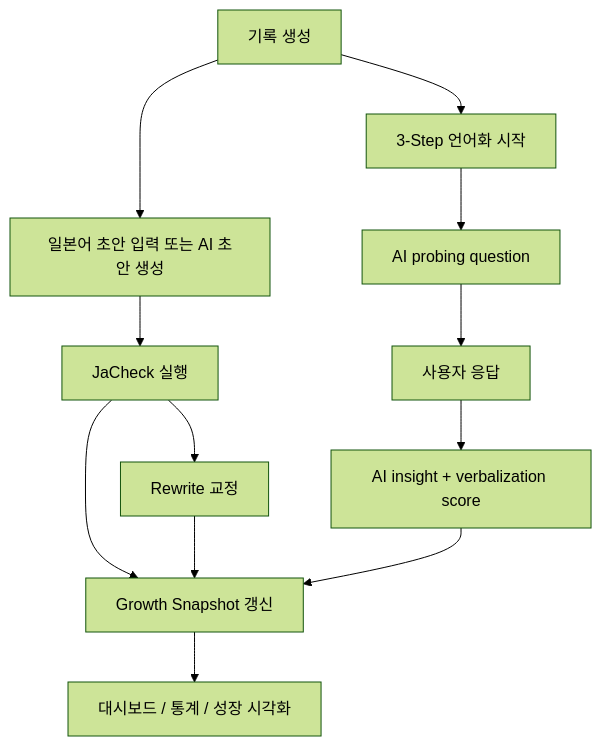
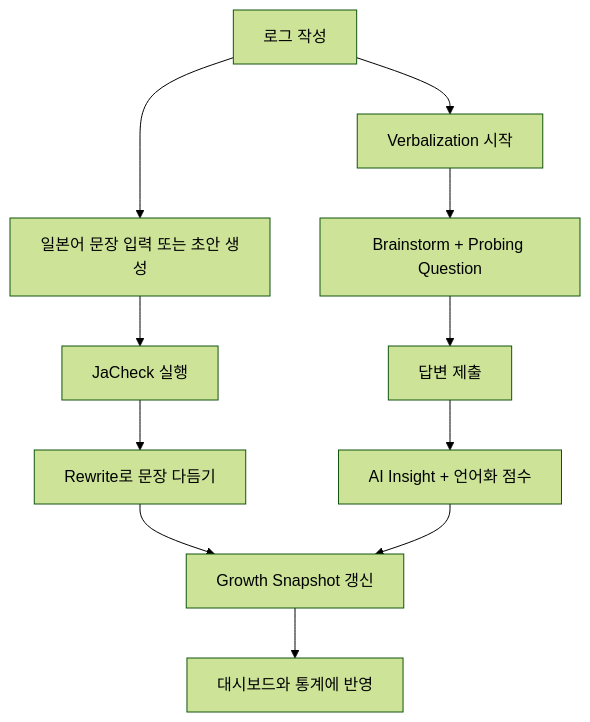
The first of 2 diagrams in README.md (kwonhyukil/Self-Growth), drawn with Mermaid (forest theme) before and after one commit. The commit also changed other lines of this file and 25 other files, not shown here.

Commit message:
refactor(backend): unify api surface and stabilize test flow

````diff
--- a/README.md
+++ b/README.md
@@ -182,14 +171,13 @@
 ```mermaid
 flowchart TD
-    A[기록 생성] --> B[일본어 초안 입력 또는 AI 초안 생성]
-    B --> C[JaCheck 실행]
-    C --> D[Rewrite 교정]
-    A --> E[3-Step 언어화 시작]
-    E --> F[AI probing question]
-    F --> G[사용자 응답]
-    G --> H[AI insight + verbalization score]
-    C --> I[Growth Snapshot 갱신]
-    D --> I
+    A["로그 작성"] --> B["일본어 문장 입력 또는 초안 생성"]
+    B --> C["JaCheck 실행"]
+    C --> D["Rewrite로 문장 다듬기"]
+    A --> E["Verbalization 시작"]
+    E --> F["Brainstorm + Probing Question"]
+    F --> G["답변 제출"]
+    G --> H["AI Insight + 언어화 점수"]
+    D --> I["Growth Snapshot 갱신"]
     H --> I
-    I --> J[대시보드 / 통계 / 성장 시각화]
+    I --> J["대시보드와 통계에 반영"]
 ```
````
